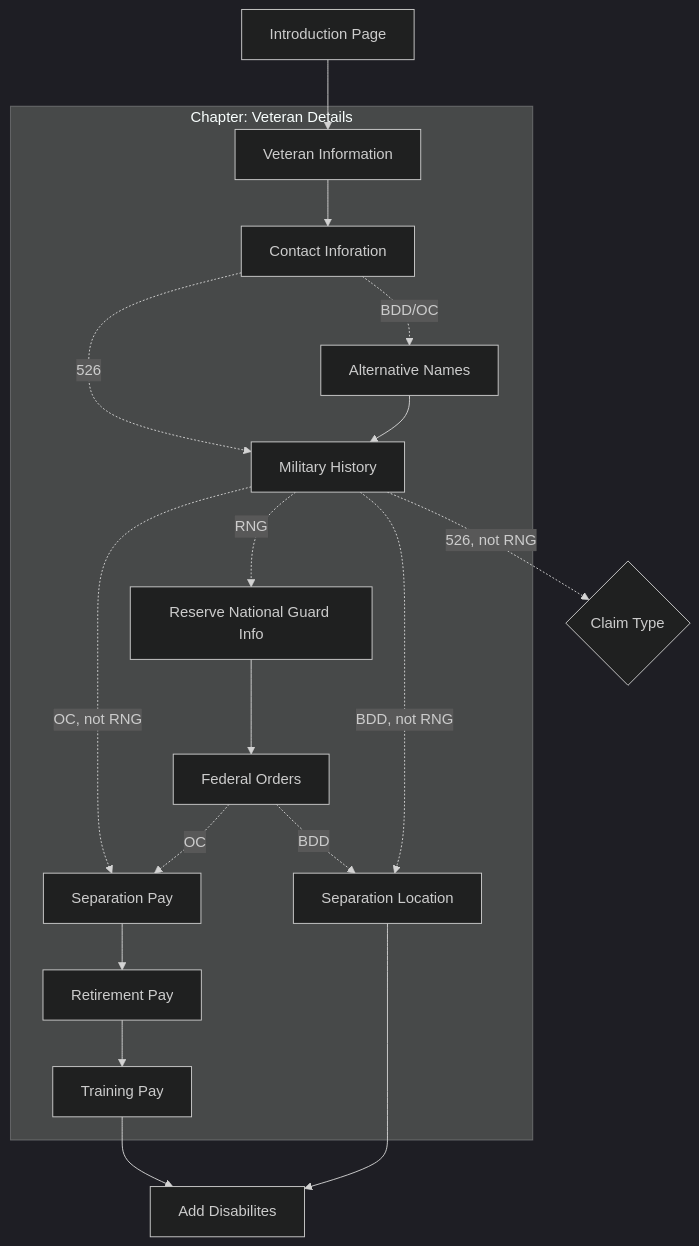
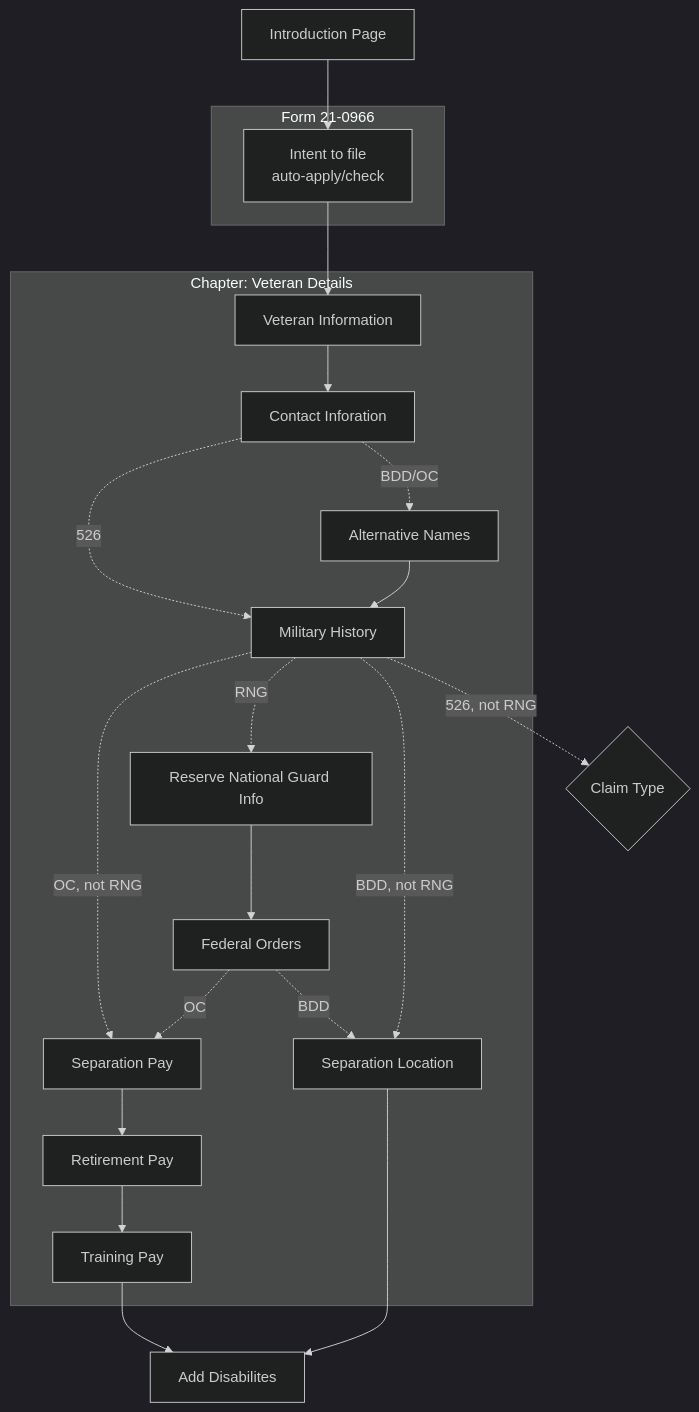
Before and after one commit to department-of-veterans-affairs/va.gov-team: the third of 8 diagrams in products/disability/526ez/526-overall-flow.md, drawn with Mermaid (dark theme). The commit also changed other lines of this file, not shown here.

Commit message:
Update 526 flow

````diff
--- a/products/disability/526ez/526-overall-flow.md
+++ b/products/disability/526ez/526-overall-flow.md
@@ -73,34 +73,42 @@
 ```mermaid
 graph TD
 
-    Intro[Introduction Page] --> VetInfo[Veteran Information]
+    Intro[Introduction Page] --> ITF[Intent to file<br>auto-apply/check]
+
+    subgraph ITFForm [Form 21-0966]
+
+    ITF
+
+    end
+
+    ITF --> VetInfo[Veteran Information]
 
     subgraph ChapterDetails [Chapter: Veteran Details]
 
     VetInfo --> ContactInfo[Contact Inforation]
     ContactInfo -. BDD/OC .-> AltNames[Alternative Names]
     ContactInfo -. 526 .-> MilitaryHx
 
     AltNames --> MilitaryHx[Military History]
 
     MilitaryHx -. RNG .-> ReserveNG[Reserve National Guard Info]
     MilitaryHx -. OC, not RNG .-> PaySep
     ReserveNG --> FedOrders[Federal Orders]
 
     %% BDD only
     SepLocation[Separation Location]
     FedOrders -. BDD .-> SepLocation
     MilitaryHx -. BDD, not RNG .-> SepLocation
 
     %% 526/OC (no rated disabilities, not BDD)
     FedOrders -. OC .-> PaySep[Separation Pay]
 
     PaySep --> PayRetirement[Retirement Pay]
     PayRetirement --> PayTraining[Training Pay]
 
     end
 
     PayTraining --> AddDisabilities[Add Disabilites]
     SepLocation --> AddDisabilities
     MilitaryHx -. 526, not RNG .-> ClaimType{Claim Type}
 ```
````
